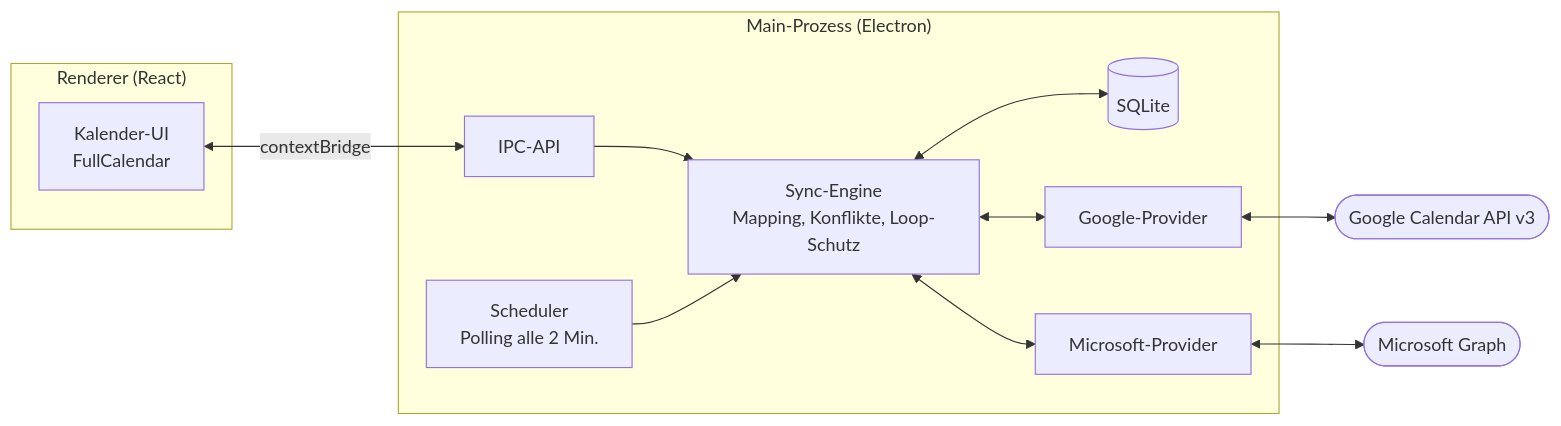
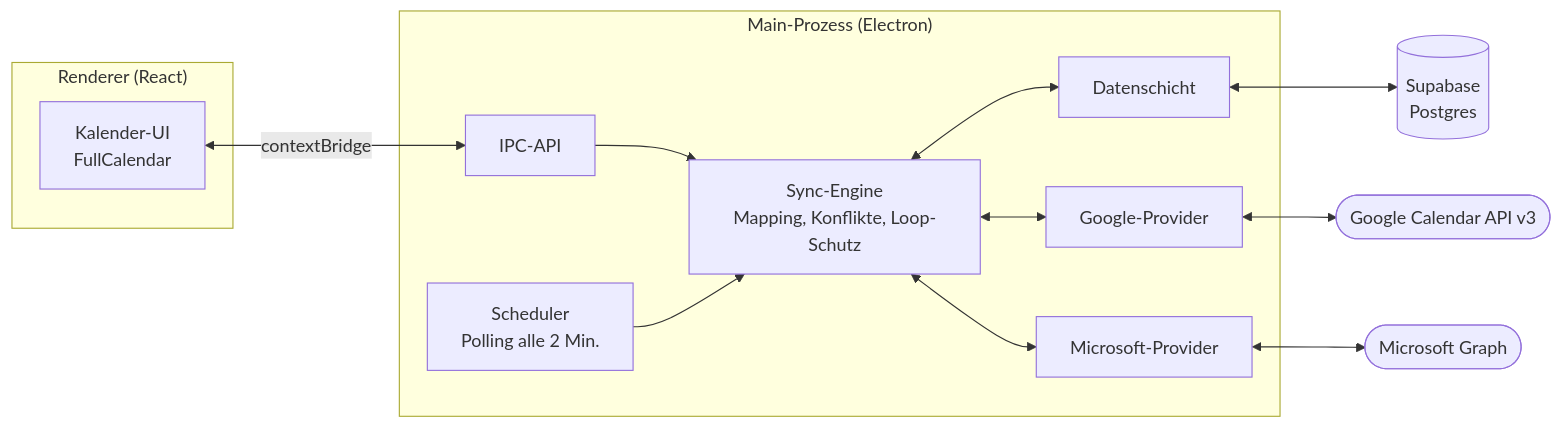
One commit to Namir1234/easy-Calender changed the second of 2 diagrams in README.md. Above: the diagram before and after it, drawn with Mermaid. The commit also changed other lines of this file and 59 other files, not shown here.

````diff
--- a/README.md
+++ b/README.md
@@ -117,27 +127,29 @@
 ```mermaid
 flowchart LR
     subgraph R["Renderer (React)"]
         UI["Kalender-UI<br>FullCalendar"]
     end
 
     subgraph MAIN["Main-Prozess (Electron)"]
         IPC["IPC-API"]
         ENG["Sync-Engine<br>Mapping, Konflikte, Loop-Schutz"]
         SCH["Scheduler<br>Polling alle 2 Min."]
-        DB[("SQLite")]
+        ST["Datenschicht"]
         GP["Google-Provider"]
         MP["Microsoft-Provider"]
     end
 
+    SB[("Supabase<br>Postgres")]
     GAPI(["Google Calendar API v3"])
     GRAPH(["Microsoft Graph"])
 
     UI <-->|contextBridge| IPC
     IPC --> ENG
     SCH --> ENG
-    ENG <--> DB
+    ENG <--> ST
+    ST <--> SB
     ENG <--> GP
     ENG <--> MP
     GP <--> GAPI
     MP <--> GRAPH
 ```
````
